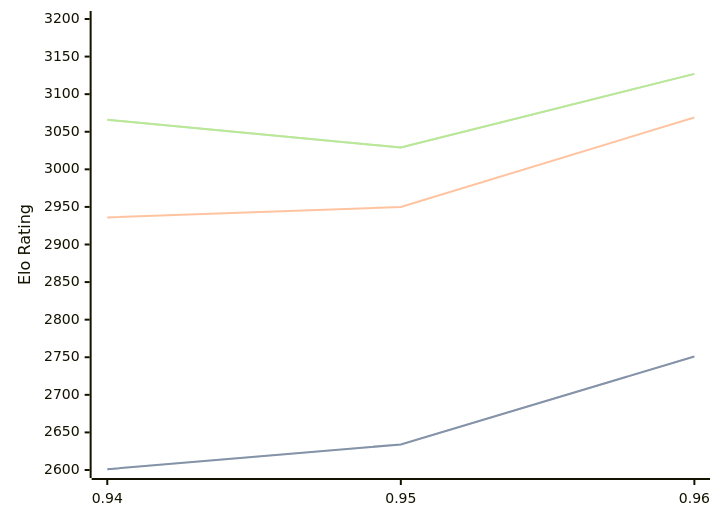
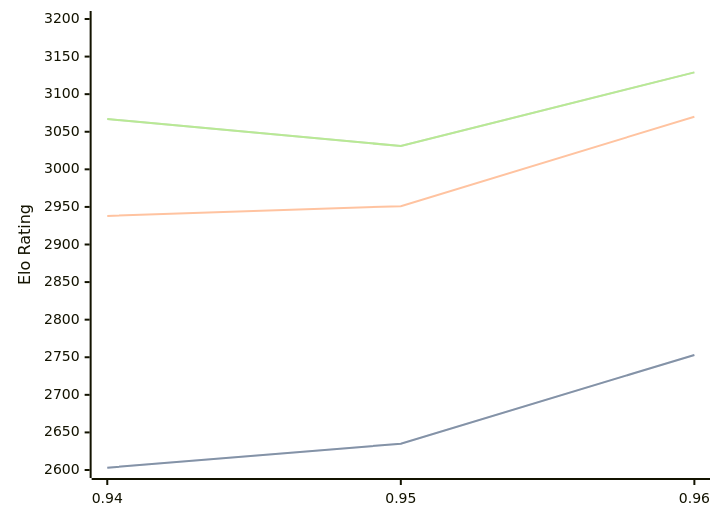
Before and after one commit to computer-chess-index/cci: the diagram in engines/Myrddin.md, drawn with Mermaid. The commit also changed other lines of this file, not shown here.

Commit message:
Update CCI Ratings (ELO VLTC) - 2026-10-09

````diff
--- a/engines/Myrddin.md
+++ b/engines/Myrddin.md
@@ -33,11 +33,11 @@
 ```mermaid
 %%{init: {"theme":"base","themeVariables":{"seriesColors:['#a3a3a3','#222221','#faa371']}}}%%
 xychart-beta
   x-axis ["0.94", "0.95", "0.96"]
   y-axis "Elo Rating" 2600 --> 3200
-  line "" [2601, 2634, 2751]
-  line "STC (8.0+0.08s)" [2601, 2634, 2751]
-  line "LTC (60.0+0.60s)" [2936, 2950, 3069]
-  line "" [3066, 3029, 3127]
-  line "VLTC (2m24s+1.12s)" [3066, 3029, 3127]
+  line "" [2603, 2635, 2753]
+  line "STC (8.0+0.08s)" [2603, 2635, 2753]
+  line "LTC (60.0+0.60s)" [2938, 2951, 3070]
+  line "" [3067, 3031, 3129]
+  line "VLTC (2m24s+1.12s)" [3067, 3031, 3129]
 ```
````
